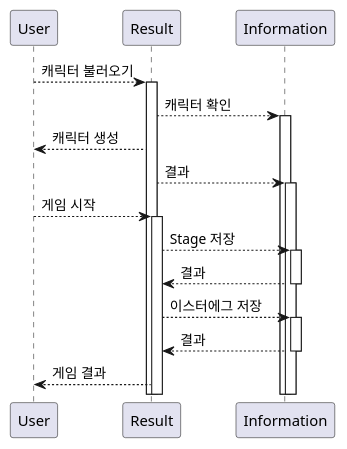
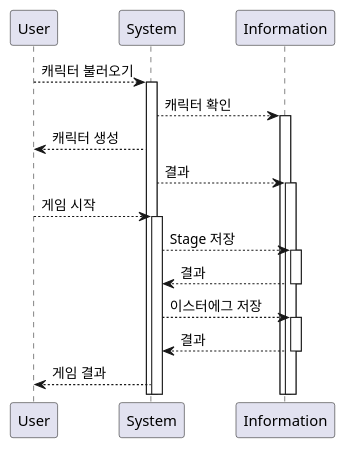
Before and after one commit to leehj24/software_prj: the diagram in UML/sequence.pu, drawn with PlantUML. The commit also changed 1 other file, not shown here.

Commit message:
순차 다이어그램 수정

```diff
--- a/UML/sequence.pu
+++ b/UML/sequence.pu
@@ -1,34 +1,34 @@
 @startuml
 participant User
 
-User --> Result : 캐릭터 불러오기
-activate Result
+User --> System : 캐릭터 불러오기
+activate System
 
-Result --> Information : 캐릭터 확인
+System --> Information : 캐릭터 확인
 activate Information
 
-Result --> User : 캐릭터 생성
+System --> User : 캐릭터 생성
 deactivate User
 
-Result --> Information :  결과
+System --> Information :  결과
 activate Information
 
-User --> Result : 게임 시작
-activate Result
+User --> System : 게임 시작
+activate System
 
-Result --> Information : Stage 저장
+System --> Information : Stage 저장
 activate Information
 
-Information --> Result : 결과
+Information --> System : 결과
 deactivate Information
 
-Result --> Information : 이스터에그 저장
+System --> Information : 이스터에그 저장
 activate Information
 
-Information --> Result : 결과
+Information --> System : 결과
 deactivate Information
 
-Result --> User : 게임 결과
+System --> User : 게임 결과
 deactivate User
 
 @enduml
```
